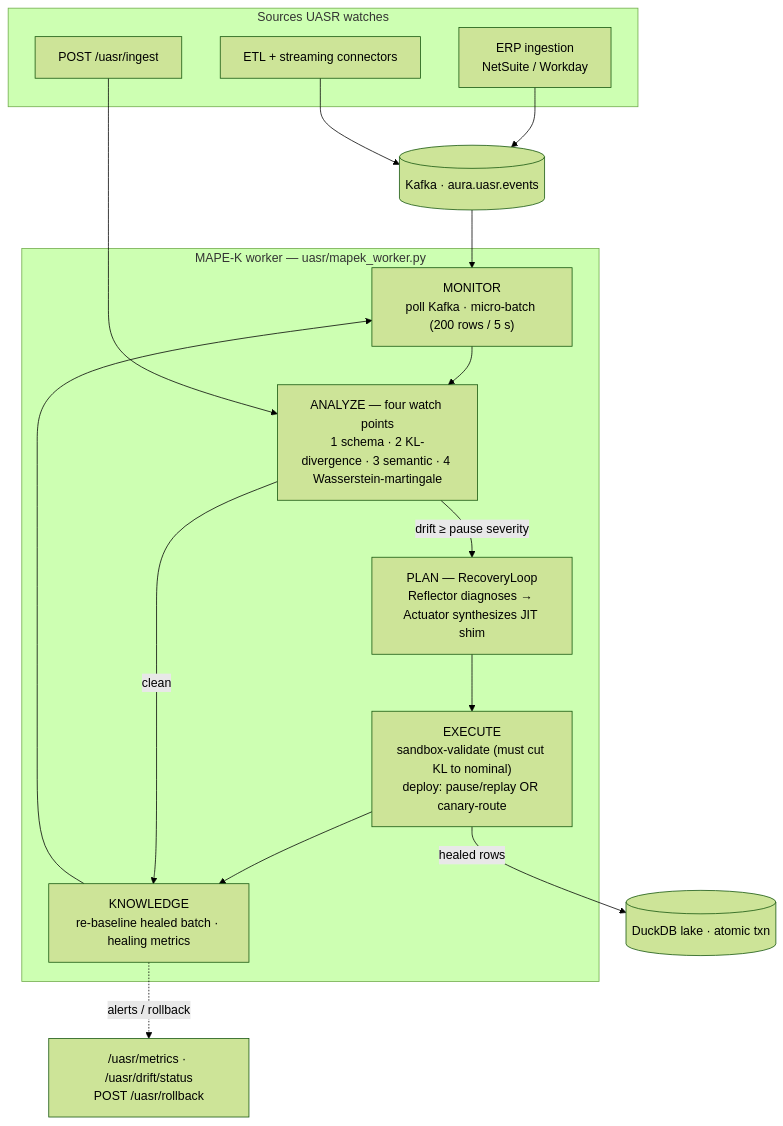
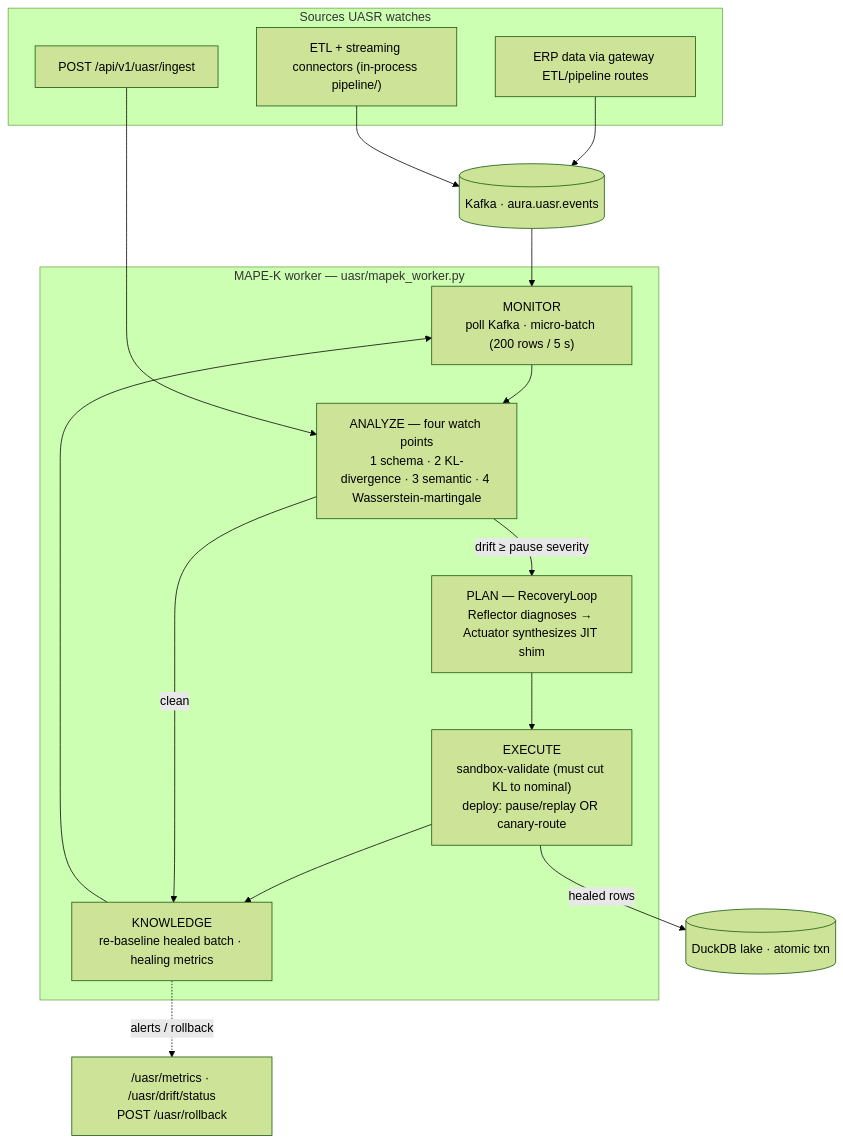
Before and after one commit to THIRD-I-AI/AURA: the second of 3 diagrams in ARCHITECTURE.md, drawn with Mermaid (forest theme). The commit also changed other lines of this file and 1 other file, not shown here.

First line of the commit message:
docs: reconcile ARCHITECTURE.md + REPO_MAP.md to current 9-service topology

````diff
--- a/ARCHITECTURE.md
+++ b/ARCHITECTURE.md
@@ -91,29 +167,29 @@
 ```mermaid
 flowchart TB
     subgraph SRC["Sources UASR watches"]
-        ERP["ERP ingestion<br/>NetSuite / Workday"]
-        ETL["ETL + streaming connectors"]
-        DIRECT["POST /uasr/ingest"]
+        ERP["ERP data via gateway ETL/pipeline routes"]
+        ETL["ETL + streaming connectors (in-process pipeline/)"]
+        DIRECT["POST /api/v1/uasr/ingest"]
     end
     KAFKA[("Kafka · aura.uasr.events")]
     ERP --> KAFKA
     ETL --> KAFKA
 
     subgraph LOOP["MAPE-K worker — uasr/mapek_worker.py"]
         MON["MONITOR<br/>poll Kafka · micro-batch (200 rows / 5 s)"]
         ANA["ANALYZE — four watch points<br/>1 schema · 2 KL-divergence · 3 semantic · 4 Wasserstein-martingale"]
         PLAN["PLAN — RecoveryLoop<br/>Reflector diagnoses → Actuator synthesizes JIT shim"]
         EXE["EXECUTE<br/>sandbox-validate (must cut KL to nominal)<br/>deploy: pause/replay OR canary-route"]
         KNO["KNOWLEDGE<br/>re-baseline healed batch · healing metrics"]
         MON --> ANA
         ANA -- "drift ≥ pause severity" --> PLAN --> EXE --> KNO
         ANA -- "clean" --> KNO
         KNO --> MON
     end
     KAFKA --> MON
     DIRECT --> ANA
 
     LAKE[("DuckDB lake · atomic txn")]
     EXE -- "healed rows" --> LAKE
     KNO -. "alerts / rollback" .-> OPS["/uasr/metrics · /uasr/drift/status<br/>POST /uasr/rollback"]
 ```
````
